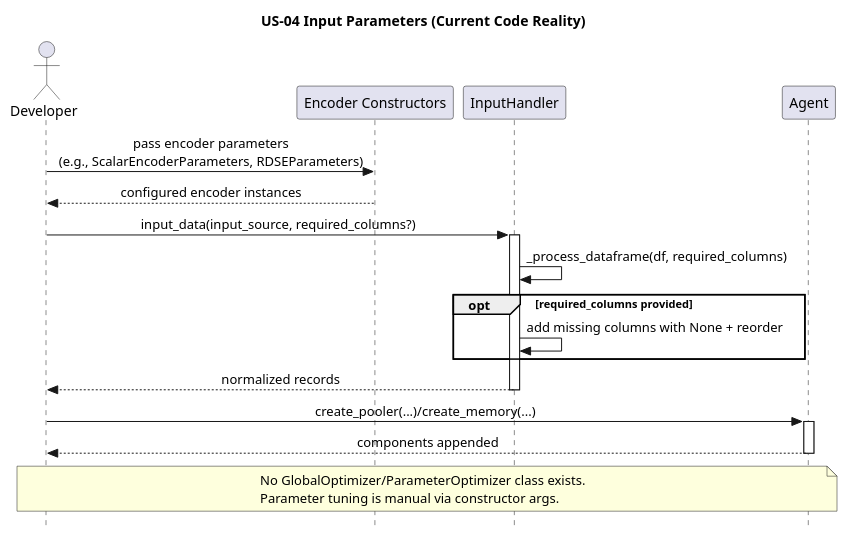
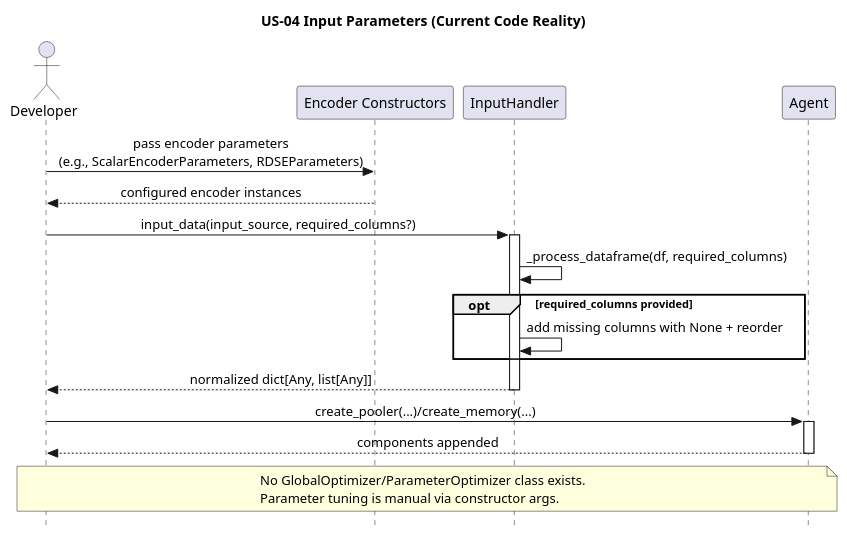
Before and after one commit to egrembocki/htmrl: the diagram in docs/puml/US/us-04.puml, drawn with PlantUML. The commit also changed 5 other files, not shown here.

Commit message:
Update US sequence diagrams for current InputHandler flow

```diff
--- a/docs/puml/US/us-04.puml
+++ b/docs/puml/US/us-04.puml
@@ -1,34 +1,34 @@
 @startuml
 skinparam style strictuml
 skinparam sequenceMessageAlign center
 skinparam responseMessageBelowArrow true
 title US-04 Input Parameters (Current Code Reality)
 
 actor Developer
 participant "Encoder Constructors" as EC
 participant "InputHandler" as IH
 participant "Agent" as AG
 
 Developer -> EC: pass encoder parameters\n(e.g., ScalarEncoderParameters, RDSEParameters)
 EC --> Developer: configured encoder instances
 
 Developer -> IH: input_data(input_source, required_columns?)
 activate IH
 IH -> IH: _process_dataframe(df, required_columns)
 opt required_columns provided
   IH -> IH: add missing columns with None + reorder
 end
-IH --> Developer: normalized records
+IH --> Developer: normalized dict[Any, list[Any]]
 
 deactivate IH
 
 Developer -> AG: create_pooler(...)/create_memory(...)
 activate AG
 AG --> Developer: components appended
 deactivate AG
 
 note over Developer,AG
 No GlobalOptimizer/ParameterOptimizer class exists.
 Parameter tuning is manual via constructor args.
 end note
 @enduml
```
